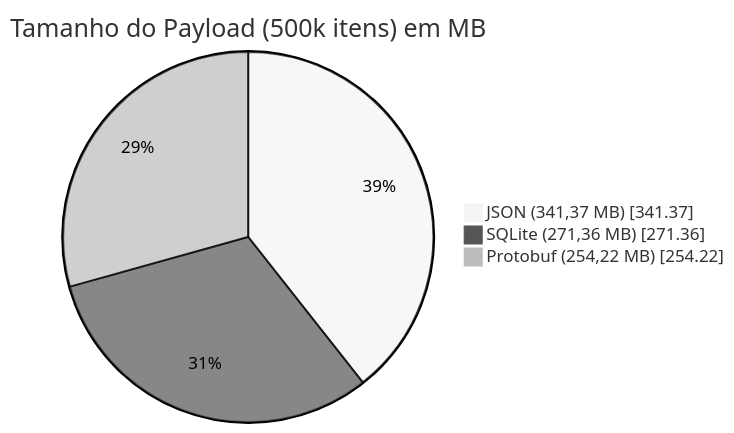
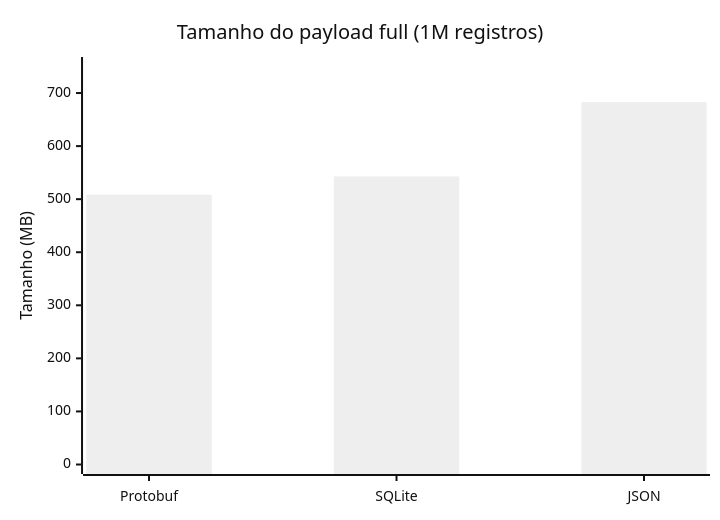
One commit to Zo-arch/benchmark changed the first of 8 diagrams in resumo-tecnico.md. Above: the diagram before and after it, drawn with Mermaid (neutral theme). The commit also changed other lines of this file and 14 other files, not shown here.

````diff
--- a/resumo-tecnico.md
+++ b/resumo-tecnico.md
@@ -13,7 +49,7 @@
 ```mermaid
-pie showData
-    title Tamanho do Payload (500k itens) em MB
-    "JSON (341,37 MB)" : 341.37
-    "SQLite (271,36 MB)" : 271.36
-    "Protobuf (254,22 MB)" : 254.22
+xychart-beta
+    title "Tamanho do payload full (1M registros)"
+    x-axis ["Protobuf", "SQLite", "JSON"]
+    y-axis "Tamanho (MB)" 0 --> 750
+    bar [508.57, 542.96, 682.96]
 ```
````
